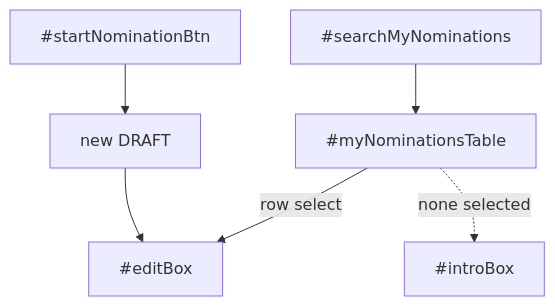
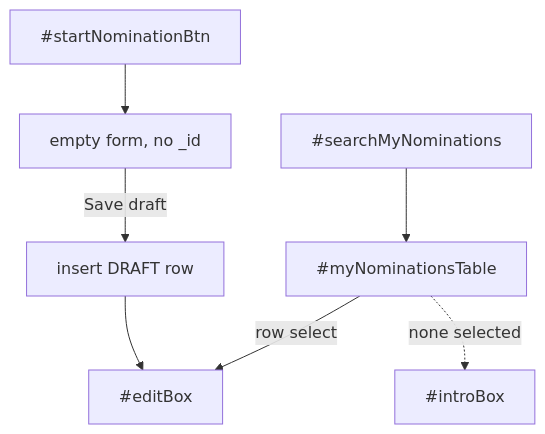
The second of 2 diagrams in Contractor_of_The_Year/Implementation/Nominee-Wix/01-multiple-nominations-ui.md (baloghp/PBF), drawn with Mermaid before and after one commit. The commit also changed other lines of this file and 1 other file, not shown here.

Commit message:
Update nominee create-on-save and AI brief docs for non-destructive CMS writes.

````diff
--- a/Contractor_of_The_Year/Implementation/Nominee-Wix/01-multiple-nominations-ui.md
+++ b/Contractor_of_The_Year/Implementation/Nominee-Wix/01-multiple-nominations-ui.md
@@ -96,8 +96,9 @@
 ```mermaid
 flowchart TB
   Search["#searchMyNominations"] --> Table["#myNominationsTable"]
-  Start["#startNominationBtn"] --> Create[new DRAFT]
+  Start["#startNominationBtn"] --> EmptyForm[empty form, no _id]
+  EmptyForm -->|Save draft| Create[insert DRAFT row]
   Create --> Form
   Table -->|row select| Form["#editBox"]
   Table -.->|none selected| Intro["#introBox"]
 ```
````
